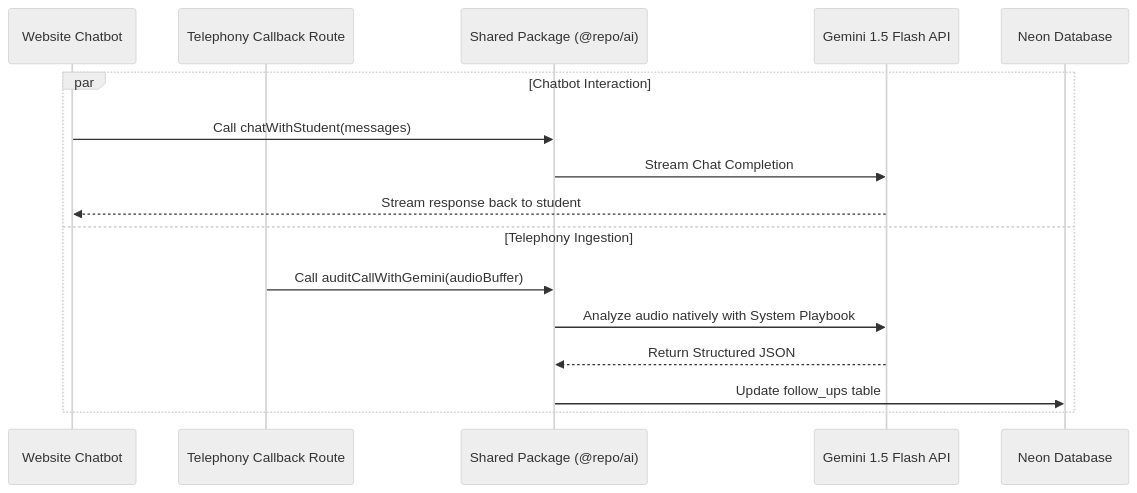
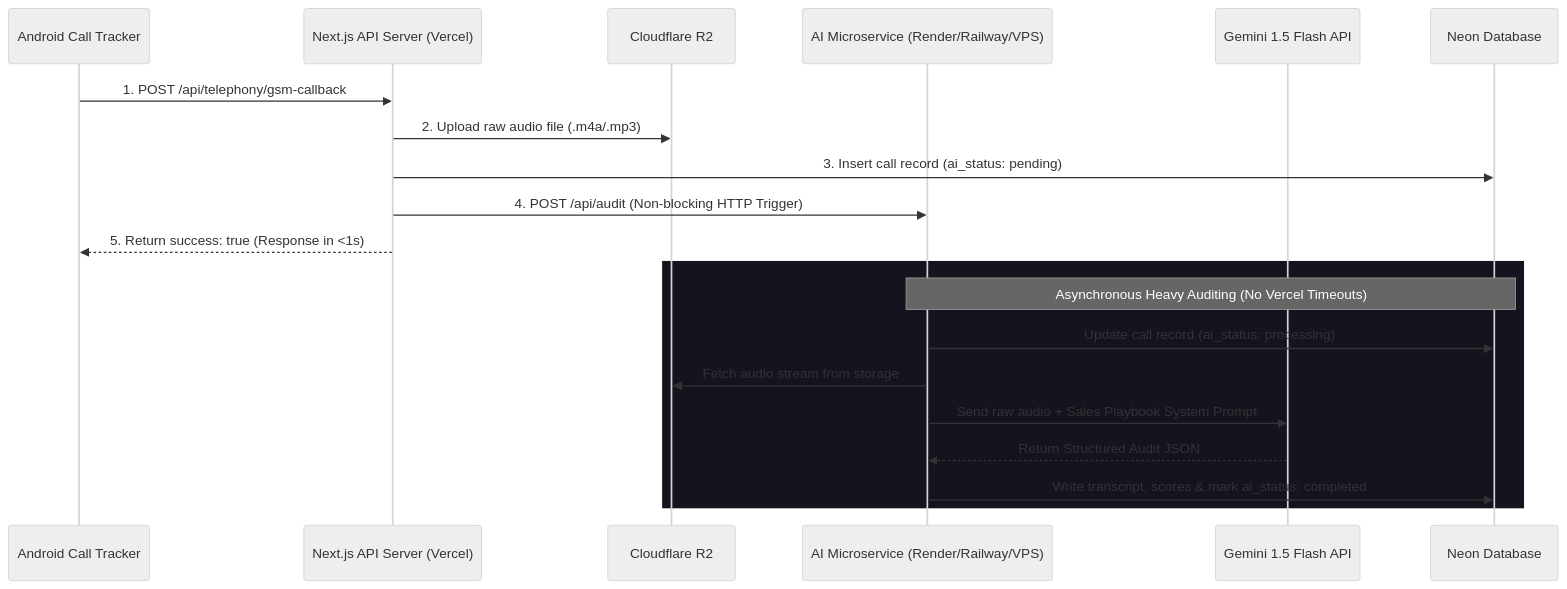
Before and after one commit to Skillyards-Versatility/Skillyards: the diagram in docs/AI_MONOREPO_ARCHITECTURE.md, drawn with Mermaid (neutral theme). The commit also changed other lines of this file and 1 other file, not shown here.

Commit message:
refactor: migrate AI call auditing from monorepo package to standalone HTTP microservice

````diff
--- a/docs/AI_MONOREPO_ARCHITECTURE.md
+++ b/docs/AI_MONOREPO_ARCHITECTURE.md
@@ -31,19 +31,24 @@
 ```mermaid
 sequenceDiagram
-    participant Website as Website Chatbot
-    participant Telephony as Telephony Callback Route
-    participant AI as Shared Package (@repo/ai)
-    participant Gemini as Gemini 1.5 Flash API
+    participant App as Android Call Tracker
+    participant API as Next.js API Server (Vercel)
+    participant R2 as Cloudflare R2
+    participant AISvc as AI Microservice (Render/Railway/VPS)
+    participant Gem as Gemini 1.5 Flash API
     participant DB as Neon Database
 
-    par Chatbot Interaction
-        Website->>AI: Call chatWithStudent(messages)
-        AI->>Gemini: Stream Chat Completion
-        Gemini-->>Website: Stream response back to student
-    and Telephony Ingestion
-        Telephony->>AI: Call auditCallWithGemini(audioBuffer)
-        AI->>Gemini: Analyze audio natively with System Playbook
-        Gemini-->>AI: Return Structured JSON
-        AI->>DB: Update follow_ups table
+    App->>API: 1. POST /api/telephony/gsm-callback
+    API->>R2: 2. Upload raw audio file (.m4a/.mp3)
+    API->>DB: 3. Insert call record (ai_status: pending)
+    API->>AISvc: 4. POST /api/audit (Non-blocking HTTP Trigger)
+    API-->>App: 5. Return success: true (Response in <1s)
+
+    rect rgb(20, 20, 30)
+        Note over AISvc,DB: Asynchronous Heavy Auditing (No Vercel Timeouts)
+        AISvc->>DB: Update call record (ai_status: processing)
+        AISvc->>R2: Fetch audio stream from storage
+        AISvc->>Gem: Send raw audio + Sales Playbook System Prompt
+        Gem-->>AISvc: Return Structured Audit JSON
+        AISvc->>DB: Write transcript, scores & mark ai_status: completed
     end
 ```
````
